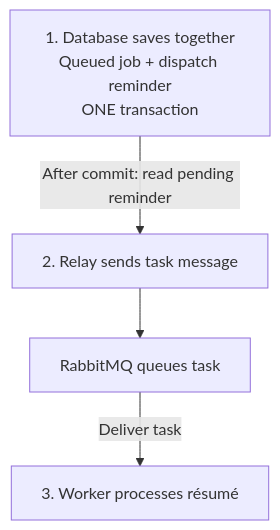
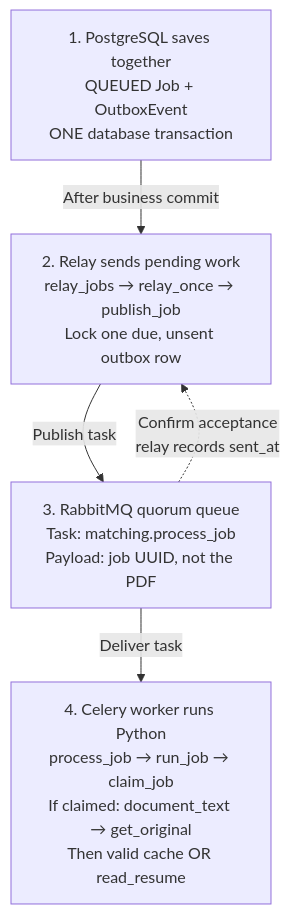
One commit to junrillg/system-design-patterns changed the diagram in docs/transactional-outbox/README.md. Above: the diagram before and after it, drawn with Mermaid. The commit also changed other lines of this file and 6 other files, not shown here.

Commit message:
docs: restore named outbox process and matching illustration

````diff
--- a/docs/transactional-outbox/README.md
+++ b/docs/transactional-outbox/README.md
@@ -30,7 +41,11 @@
 ```mermaid
 flowchart TD
-    A["1. Database saves together<br/>Queued job + dispatch reminder<br/>ONE transaction"]
-    A -->|"After commit: read pending reminder"| B["2. Relay sends task message"]
-    B --> C["RabbitMQ queues task"]
-    C -->|"Deliver task"| D["3. Worker processes résumé"]
+    DB["1. PostgreSQL saves together<br/>QUEUED Job + OutboxEvent<br/>ONE database transaction"]
+    R["2. Relay sends pending work<br/>relay_jobs → relay_once → publish_job<br/>Lock one due, unsent outbox row"]
+    Q["3. RabbitMQ quorum queue<br/>Task: matching.process_job<br/>Payload: job UUID, not the PDF"]
+    W["4. Celery worker runs Python<br/>process_job → run_job → claim_job<br/>If claimed: document_text → get_original<br/>Then valid cache OR read_resume"]
+    DB -->|"After business commit"| R
+    R -->|"Publish task"| Q
+    Q -.->|"Confirm acceptance<br/>relay records sent_at"| R
+    Q -->|"Deliver task"| W
 ```
````
